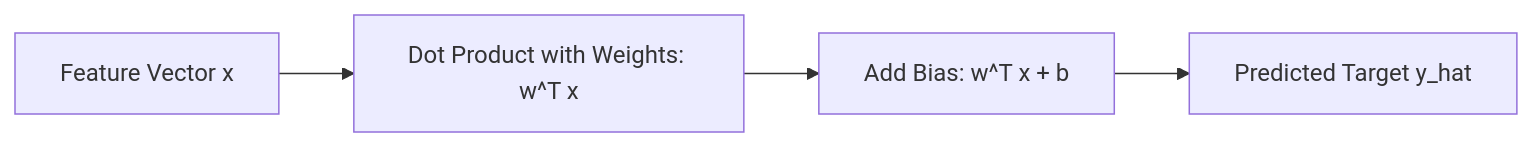
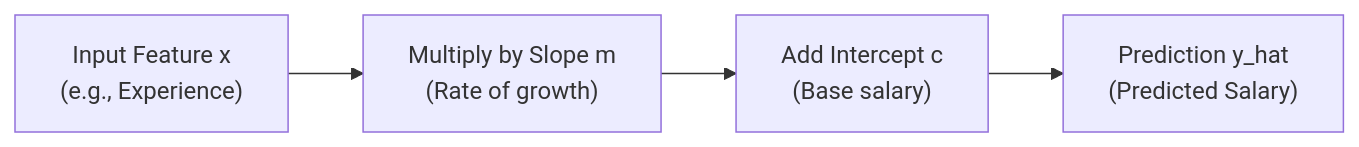
Before and after one commit to S1h2i3v4a/AI_ML: the diagram in lecture_23/Notes_23.07/README.md, drawn with Mermaid. The commit also changed other lines of this file and 156 other files, not shown here.

Commit message:
docs(lectures 22-24): align notes with video lectures, add blackboard diagrams, clean structured functions, and compile vector PDFs

````diff
--- a/lecture_23/Notes_23.07/README.md
+++ b/lecture_23/Notes_23.07/README.md
@@ -37,6 +20,6 @@
 ```mermaid
-graph LR
-    x["Feature Vector x"] --> Mult["Dot Product with Weights: w^T x"]
-    Mult --> Add["Add Bias: w^T x + b"]
-    Add --> yhat["Predicted Target y_hat"]
+flowchart LR
+    Input["Input Feature x<br/>(e.g., Experience)"] --> Mult["Multiply by Slope m<br/>(Rate of growth)"]
+    Mult --> Add["Add Intercept c<br/>(Base salary)"]
+    Add --> Output["Prediction y_hat<br/>(Predicted Salary)"]
 ```
````
